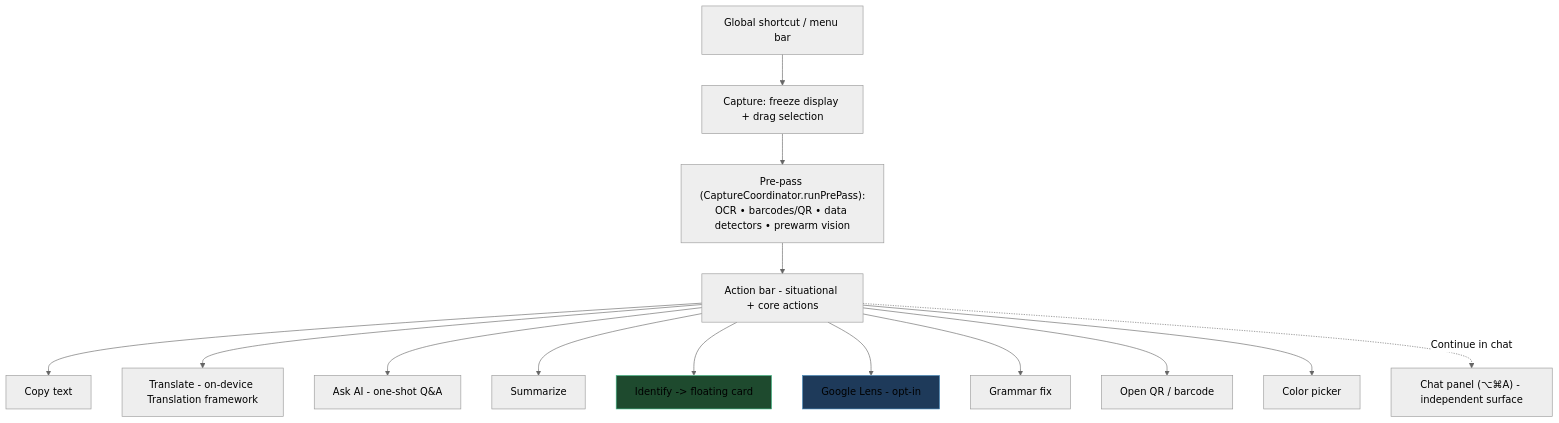
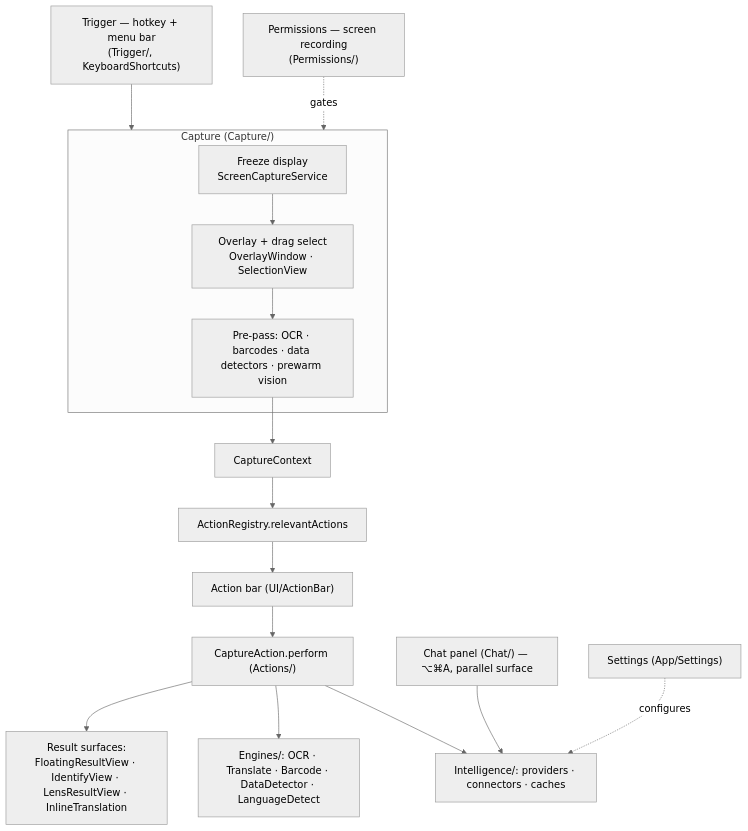
One commit to civarry/lasso-app changed the first of 3 diagrams in docs/APP_FLOW.md. Above: the diagram before and after it, drawn with Mermaid (neutral theme). The commit also changed other lines of this file and 7 other files, not shown here.

First line of the commit message:
Liquid Glass app-wide rollout + corner-shadow fix + architecture docs

````diff
--- a/docs/APP_FLOW.md
+++ b/docs/APP_FLOW.md
@@ -15,22 +15,22 @@
 ```mermaid
 flowchart TD
-  Shortcut[Global shortcut / menu bar] --> Cap[Capture: freeze display + drag selection]
-  Cap --> PrePass["Pre-pass (CaptureCoordinator.runPrePass):<br/>OCR • barcodes/QR • data detectors • prewarm vision"]
-  PrePass --> Bar[Action bar - situational + core actions]
+  Trigger["Trigger — hotkey + menu bar<br/>(Trigger/, KeyboardShortcuts)"] --> Capture
+  Perms["Permissions — screen recording<br/>(Permissions/)"] -.gates.-> Capture
 
-  Bar --> OCRCopy[Copy text]
-  Bar --> Translate[Translate - on-device Translation framework]
-  Bar --> Ask[Ask AI - one-shot Q&A]
-  Bar --> Summarize[Summarize]
-  Bar --> Identify[Identify -> floating card]
-  Bar --> Lens[Google Lens - opt-in]
-  Bar --> Grammar[Grammar fix]
-  Bar --> QR[Open QR / barcode]
-  Bar --> Color[Color picker]
+  subgraph Capture["Capture (Capture/)"]
+    Freeze["Freeze display<br/>ScreenCaptureService"] --> Select["Overlay + drag select<br/>OverlayWindow · SelectionView"]
+    Select --> PrePass["Pre-pass: OCR · barcodes · data detectors · prewarm vision"]
+  end
 
-  Chat["Chat panel (⌥⌘A) - independent surface"]
-  Bar -. Continue in chat .-> Chat
+  PrePass --> Ctx[CaptureContext]
+  Ctx --> Registry["ActionRegistry.relevantActions"]
+  Registry --> Bar["Action bar (UI/ActionBar)"]
+  Bar --> Actions["CaptureAction.perform (Actions/)"]
 
-  style Identify fill:#1e4a2e,stroke:#4b8
-  style Lens fill:#1e3a5a,stroke:#48b
+  Actions --> Engines["Engines/: OCR · Translate · Barcode · DataDetector · LanguageDetect"]
+  Actions --> Intel["Intelligence/: providers · connectors · caches"]
+  Actions --> Result["Result surfaces:<br/>FloatingResultView · IdentifyView · LensResultView · InlineTranslation"]
+
+  Chat["Chat panel (Chat/) — ⌥⌘A, parallel surface"] --> Intel
+  Settings["Settings (App/Settings)"] -.configures.-> Intel
 ```
````
